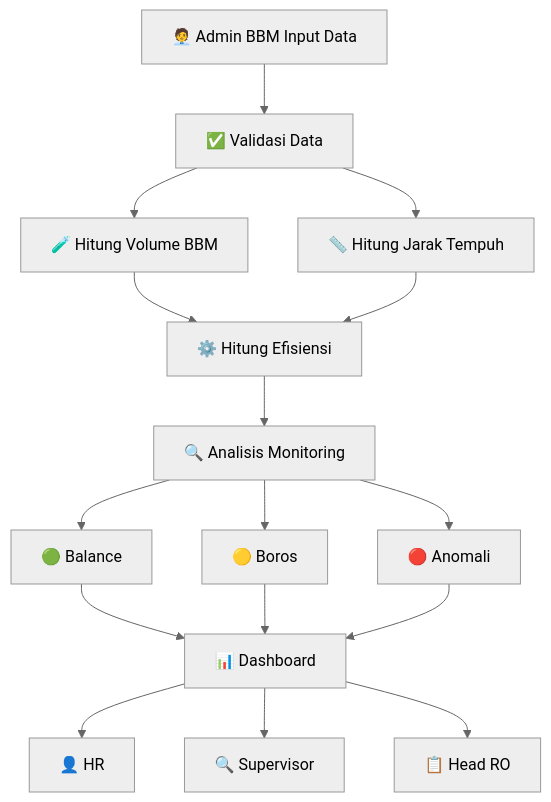
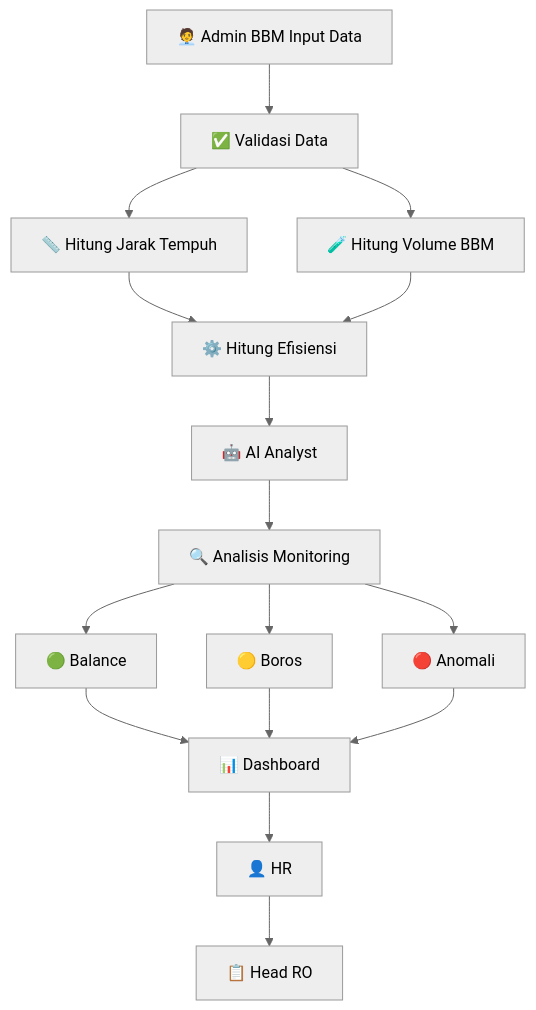
The first of 3 diagrams in README.md (ramjitampan/BMTA-Bensin-monitoring-Telkom-akses-), drawn with Mermaid (neutral theme) before and after one commit. The commit also changed other lines of this file, not shown here.

````diff
--- a/README.md
+++ b/README.md
@@ -166,22 +185,22 @@
 ```mermaid
 flowchart TD
     A[🧑‍💼 Admin BBM Input Data] --> B[✅ Validasi Data]
-    B --> C[🧪 Hitung Volume BBM]
-    B --> D[📏 Hitung Jarak Tempuh]
+    B --> C[📏 Hitung Jarak Tempuh]
+    B --> D[🧪 Hitung Volume BBM]
     C --> E[⚙️ Hitung Efisiensi]
     D --> E
 
-    E --> F[🔍 Analisis Monitoring]
+    E --> N[🤖 AI Analyst]
+    N --> F[🔍 Analisis Monitoring]
 
     F --> G[🟢 Balance]
     F --> H[🟡 Boros]
     F --> I[🔴 Anomali]
 
     G --> J[📊 Dashboard]
     H --> J
     I --> J
 
     J --> K[👤 HR]
-    J --> L[🔍 Supervisor]
-    J --> M[📋 Head RO]
+    K --> L[📋 Head RO]
 ```
````
